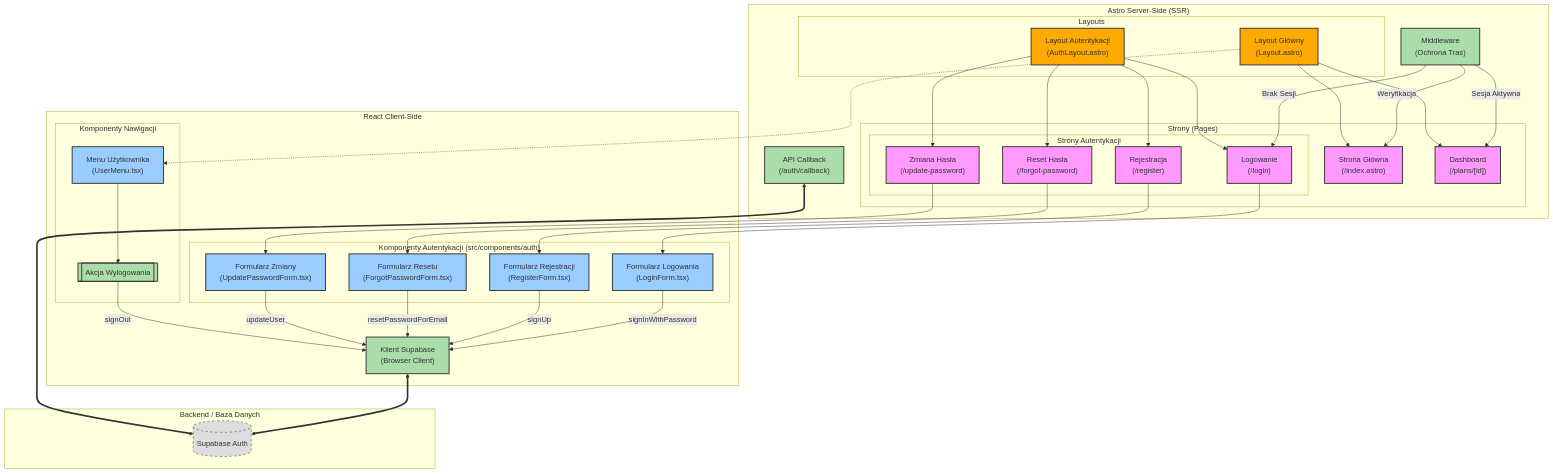
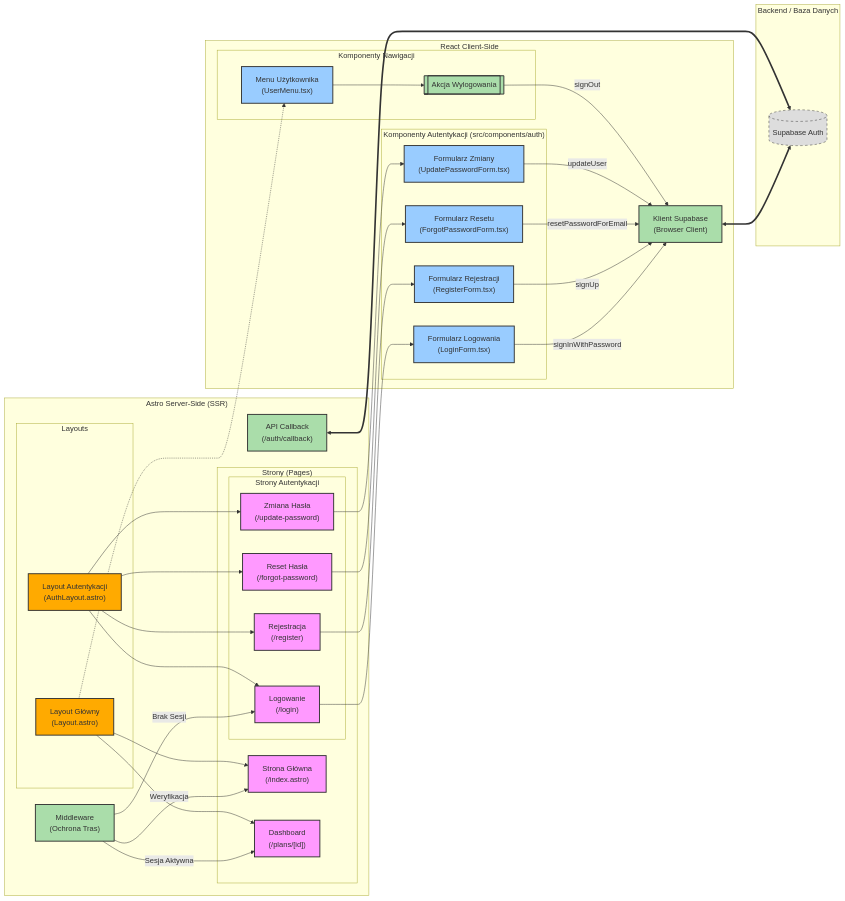
One commit to piotrkomisarczyk/12weeks-planner changed the diagram in docs/diagrams/ui.md. Above: the diagram before and after it, drawn with Mermaid.

Commit message:
update ui diagram

````diff
--- a/docs/diagrams/ui.md
+++ b/docs/diagrams/ui.md
@@ -6,5 +6,5 @@
 ```mermaid
-flowchart TD
+flowchart LR
     %% Definicje stylów
     classDef page fill:#f9f,stroke:#333,stroke-width:2px;
     classDef component fill:#9cf,stroke:#333,stroke-width:2px;
````
